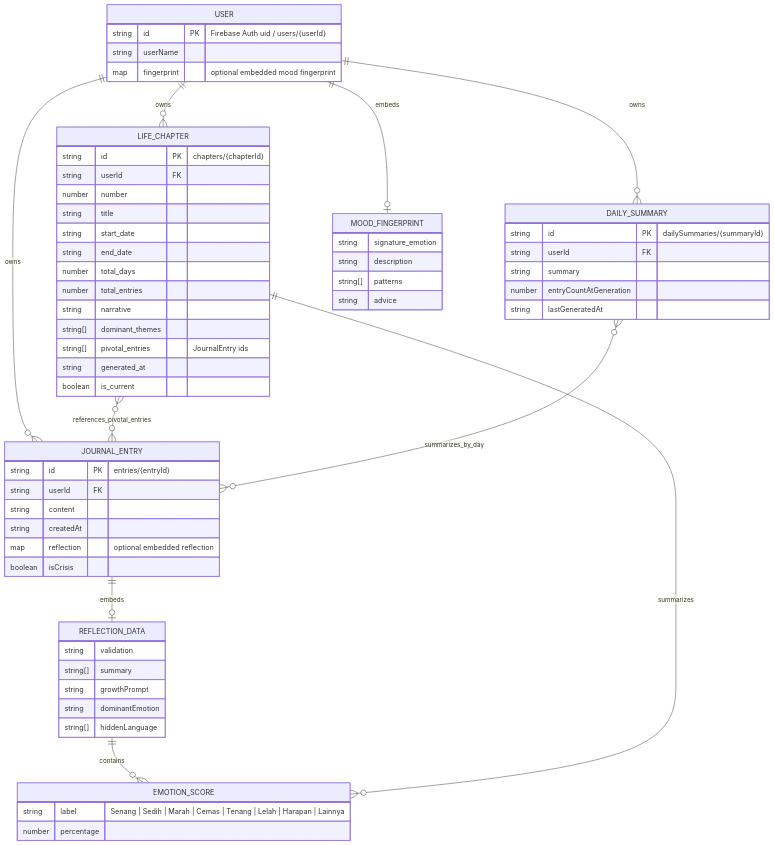
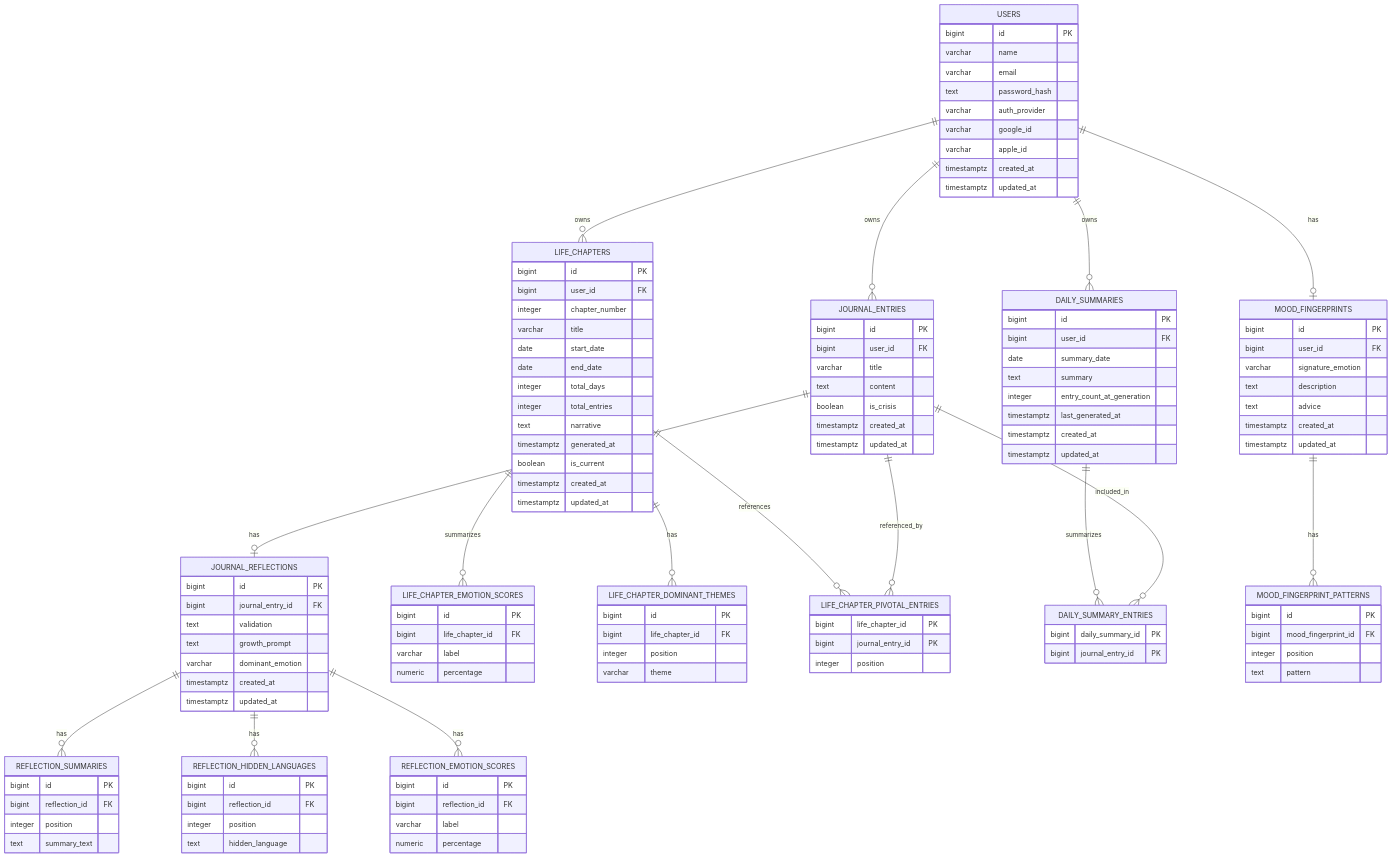
Before and after one commit to tiarss/cermin-backend: the diagram in erd.md, drawn with Mermaid. The commit also changed other lines of this file and 23 other files, not shown here.

First line of the commit message:
feat: add journal entry and reflection functionality

````diff
--- a/erd.md
+++ b/erd.md
@@ -5,74 +9,143 @@
 ```mermaid
 erDiagram
-    USER ||--o{ JOURNAL_ENTRY : owns
-    USER ||--o{ LIFE_CHAPTER : owns
-    USER ||--o{ DAILY_SUMMARY : owns
-    USER ||--o| MOOD_FINGERPRINT : embeds
+    USERS ||--o{ JOURNAL_ENTRIES : owns
+    USERS ||--o{ LIFE_CHAPTERS : owns
+    USERS ||--o{ DAILY_SUMMARIES : owns
+    USERS ||--o| MOOD_FINGERPRINTS : has
 
-    JOURNAL_ENTRY ||--o| REFLECTION_DATA : embeds
-    REFLECTION_DATA ||--o{ EMOTION_SCORE : contains
+    JOURNAL_ENTRIES ||--o| JOURNAL_REFLECTIONS : has
+    JOURNAL_REFLECTIONS ||--o{ REFLECTION_SUMMARIES : has
+    JOURNAL_REFLECTIONS ||--o{ REFLECTION_HIDDEN_LANGUAGES : has
+    JOURNAL_REFLECTIONS ||--o{ REFLECTION_EMOTION_SCORES : has
 
-    LIFE_CHAPTER ||--o{ EMOTION_SCORE : summarizes
-    LIFE_CHAPTER }o--o{ JOURNAL_ENTRY : references_pivotal_entries
+    LIFE_CHAPTERS ||--o{ LIFE_CHAPTER_EMOTION_SCORES : summarizes
+    LIFE_CHAPTERS ||--o{ LIFE_CHAPTER_DOMINANT_THEMES : has
+    LIFE_CHAPTERS ||--o{ LIFE_CHAPTER_PIVOTAL_ENTRIES : references
+    JOURNAL_ENTRIES ||--o{ LIFE_CHAPTER_PIVOTAL_ENTRIES : referenced_by
 
-    DAILY_SUMMARY }o--o{ JOURNAL_ENTRY : summarizes_by_day
+    DAILY_SUMMARIES ||--o{ DAILY_SUMMARY_ENTRIES : summarizes
+    JOURNAL_ENTRIES ||--o{ DAILY_SUMMARY_ENTRIES : included_in
+    MOOD_FINGERPRINTS ||--o{ MOOD_FINGERPRINT_PATTERNS : has
 
-    USER {
-        string id PK "Firebase Auth uid / users/{userId}"
-        string userName
-        map fingerprint "optional embedded mood fingerprint"
+    USERS {
+        bigint id PK
+        varchar name
+        varchar email
+        text password_hash
+        varchar auth_provider
+        varchar google_id
+        varchar apple_id
+        timestamptz created_at
+        timestamptz updated_at
     }
 
-    JOURNAL_ENTRY {
-        string id PK "entries/{entryId}"
-        string userId FK
-        string content
-        string createdAt
-        map reflection "optional embedded reflection"
-        boolean isCrisis
+    JOURNAL_ENTRIES {
+        bigint id PK
+        bigint user_id FK
+        varchar title
+        text content
+        boolean is_crisis
+        timestamptz created_at
+        timestamptz updated_at
     }
 
-    REFLECTION_DATA {
-        string validation
-        string[] summary
-        string growthPrompt
-        string dominantEmotion
-        string[] hiddenLanguage
+    JOURNAL_REFLECTIONS {
+        bigint id PK
+        bigint journal_entry_id FK
+        text validation
+        text growth_prompt
+        varchar dominant_emotion
+        timestamptz created_at
+        timestamptz updated_at
     }
 
-    EMOTION_SCORE {
-        string label "Senang | Sedih | Marah | Cemas | Tenang | Lelah | Harapan | Lainnya"
-        number percentage
+    REFLECTION_SUMMARIES {
+        bigint id PK
+        bigint reflection_id FK
+        integer position
+        text summary_text
     }
 
-    LIFE_CHAPTER {
-        string id PK "chapters/{chapterId}"
-        string userId FK
-        number number
-        string title
-        string start_date
-        string end_date
-        number total_days
-        number total_entries
-        string narrative
-        string[] dominant_themes
-        string[] pivotal_entries "JournalEntry ids"
-        string generated_at
-        boolean is_current
+    REFLECTION_HIDDEN_LANGUAGES {
+        bigint id PK
+        bigint reflection_id FK
+        integer position
+        text hidden_language
     }
 
-    DAILY_SUMMARY {
-        string id PK "dailySummaries/{summaryId}"
-        string userId FK
-        string summary
-        number entryCountAtGeneration
-        string lastGeneratedAt
+    REFLECTION_EMOTION_SCORES {
+        bigint id PK
+        bigint reflection_id FK
+        varchar label
+        numeric percentage
     }
 
-    MOOD_FINGERPRINT {
-        string signature_emotion
-        string description
-        string[] patterns
-        string advice
+    LIFE_CHAPTERS {
+        bigint id PK
+        bigint user_id FK
+        integer chapter_number
+        varchar title
+        date start_date
+        date end_date
+        integer total_days
+        integer total_entries
+        text narrative
+        timestamptz generated_at
+        boolean is_current
+        timestamptz created_at
+        timestamptz updated_at
+    }
+
+    LIFE_CHAPTER_EMOTION_SCORES {
+        bigint id PK
+        bigint life_chapter_id FK
+        varchar label
+        numeric percentage
+    }
+
+    LIFE_CHAPTER_DOMINANT_THEMES {
+        bigint id PK
+        bigint life_chapter_id FK
+        integer position
+        varchar theme
+    }
+
+    LIFE_CHAPTER_PIVOTAL_ENTRIES {
+        bigint life_chapter_id PK
+        bigint journal_entry_id PK
+        integer position
+    }
+
+    DAILY_SUMMARIES {
+        bigint id PK
+        bigint user_id FK
+        date summary_date
+        text summary
+        integer entry_count_at_generation
+        timestamptz last_generated_at
+        timestamptz created_at
+        timestamptz updated_at
+    }
+
+    DAILY_SUMMARY_ENTRIES {
+        bigint daily_summary_id PK
+        bigint journal_entry_id PK
+    }
+
+    MOOD_FINGERPRINTS {
+        bigint id PK
+        bigint user_id FK
+        varchar signature_emotion
+        text description
+        text advice
+        timestamptz created_at
+        timestamptz updated_at
+    }
+
+    MOOD_FINGERPRINT_PATTERNS {
+        bigint id PK
+        bigint mood_fingerprint_id FK
+        integer position
+        text pattern
     }
 ```
````
